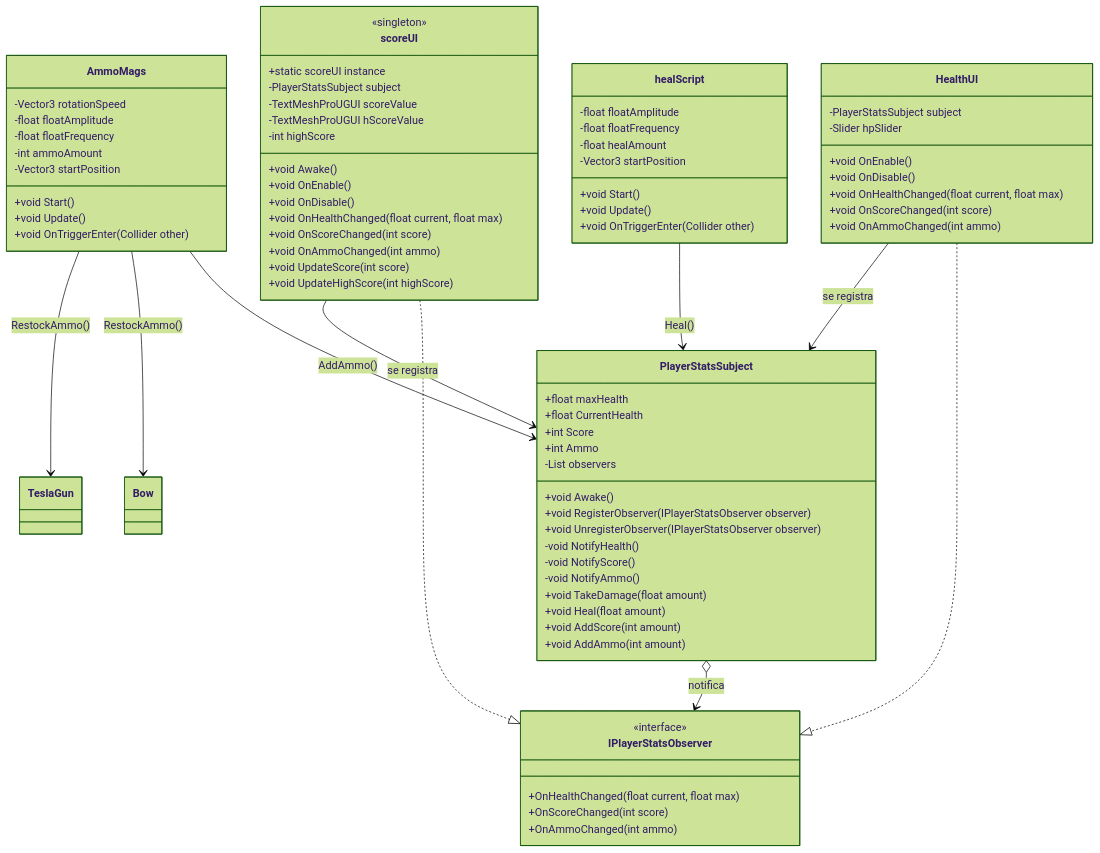
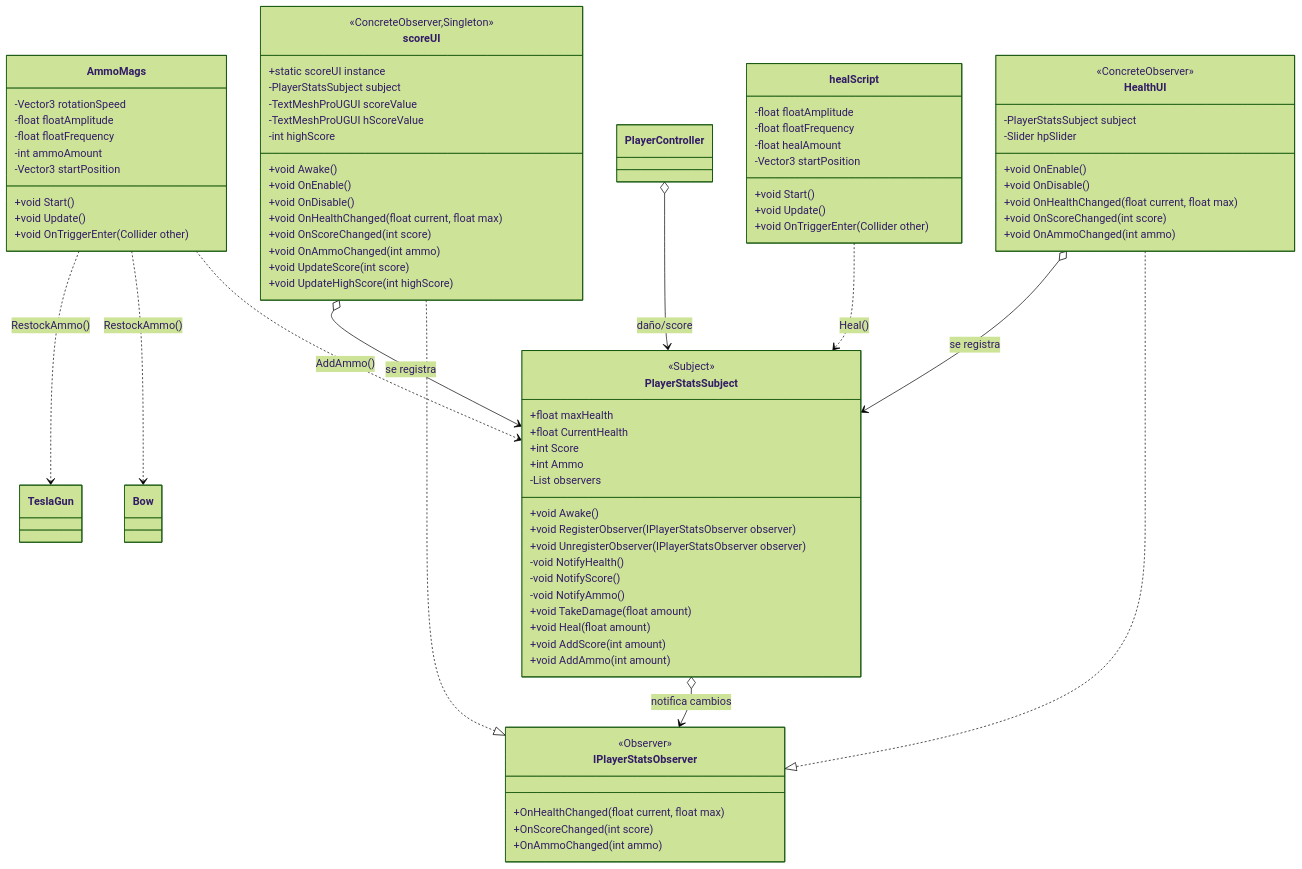
Before and after one commit to darwok/TheNewFrontier: the sixth of 6 diagrams in README.md, drawn with Mermaid (forest theme). The commit also changed other lines of this file, not shown here.

````diff
--- a/README.md
+++ b/README.md
@@ -387,13 +453,16 @@
 ```mermaid
 classDiagram
+direction TB
+
 class IPlayerStatsObserver {
-  <<interface>>
+  <<Observer>>
   +OnHealthChanged(float current, float max)
   +OnScoreChanged(int score)
   +OnAmmoChanged(int ammo)
 }
 
 class PlayerStatsSubject {
+  <<Subject>>
   +float maxHealth
   +float CurrentHealth
   +int Score
@@ -412,6 +481,7 @@
 }
 
 class HealthUI {
+  <<ConcreteObserver>>
   -PlayerStatsSubject subject
   -Slider hpSlider
   +void OnEnable()
@@ -422,7 +492,7 @@
 }
 
 class scoreUI {
-  <<singleton>>
+  <<ConcreteObserver,Singleton>>
   +static scoreUI instance
   -PlayerStatsSubject subject
   -TextMeshProUGUI scoreValue
@@ -459,17 +529,19 @@
   +void OnTriggerEnter(Collider other)
 }
 
-PlayerStatsSubject o--> IPlayerStatsObserver : notifica
+PlayerStatsSubject o--> IPlayerStatsObserver : notifica cambios
 
 HealthUI ..|> IPlayerStatsObserver
 scoreUI ..|> IPlayerStatsObserver
 
-HealthUI --> PlayerStatsSubject : se registra
-scoreUI --> PlayerStatsSubject : se registra
+HealthUI o--> PlayerStatsSubject : se registra
+scoreUI o--> PlayerStatsSubject : se registra
 
-AmmoMags --> PlayerStatsSubject : AddAmmo()
-AmmoMags --> Bow : RestockAmmo()
-AmmoMags --> TeslaGun : RestockAmmo()
+AmmoMags ..> PlayerStatsSubject : AddAmmo()
+AmmoMags ..> Bow : RestockAmmo()
+AmmoMags ..> TeslaGun : RestockAmmo()
 
-healScript --> PlayerStatsSubject : Heal()
+healScript ..> PlayerStatsSubject : Heal()
+
+PlayerController o--> PlayerStatsSubject : daño/score
 ```
````
